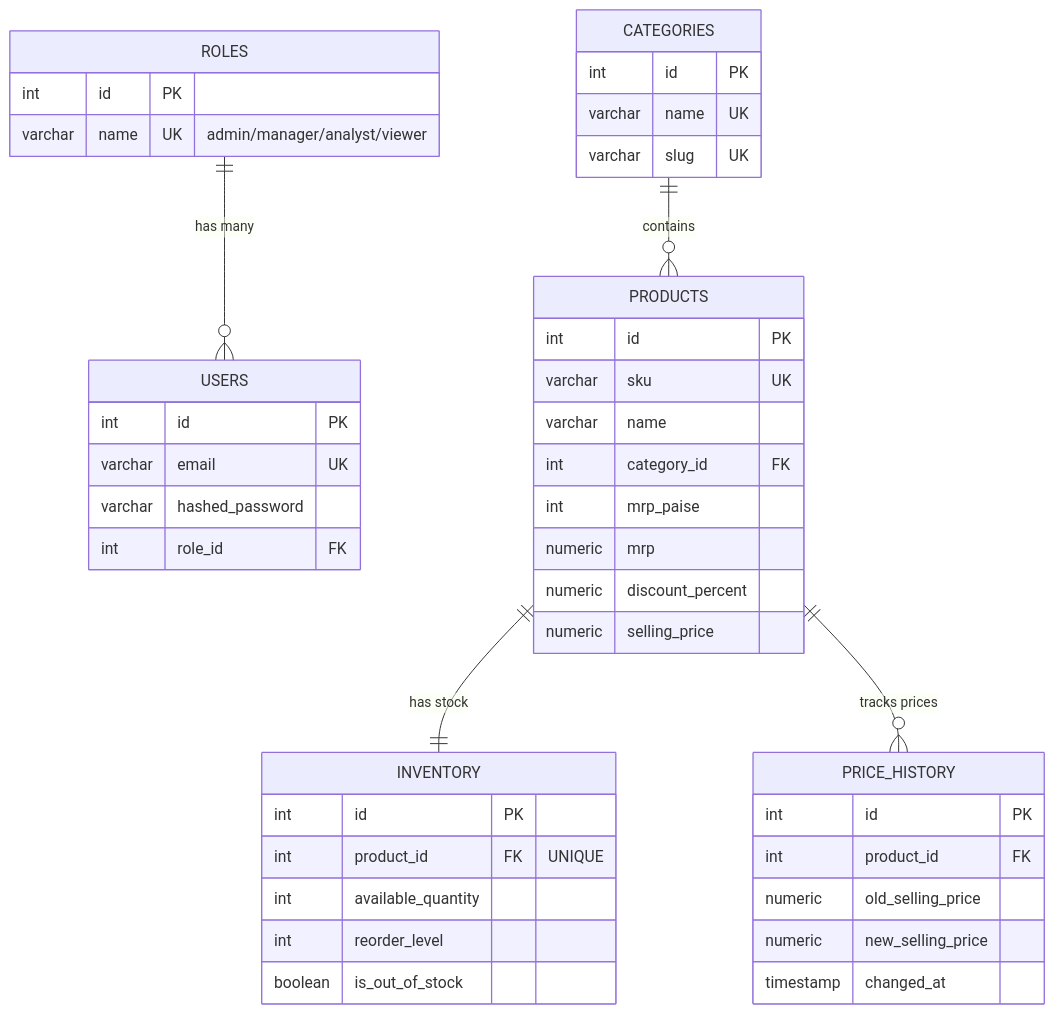
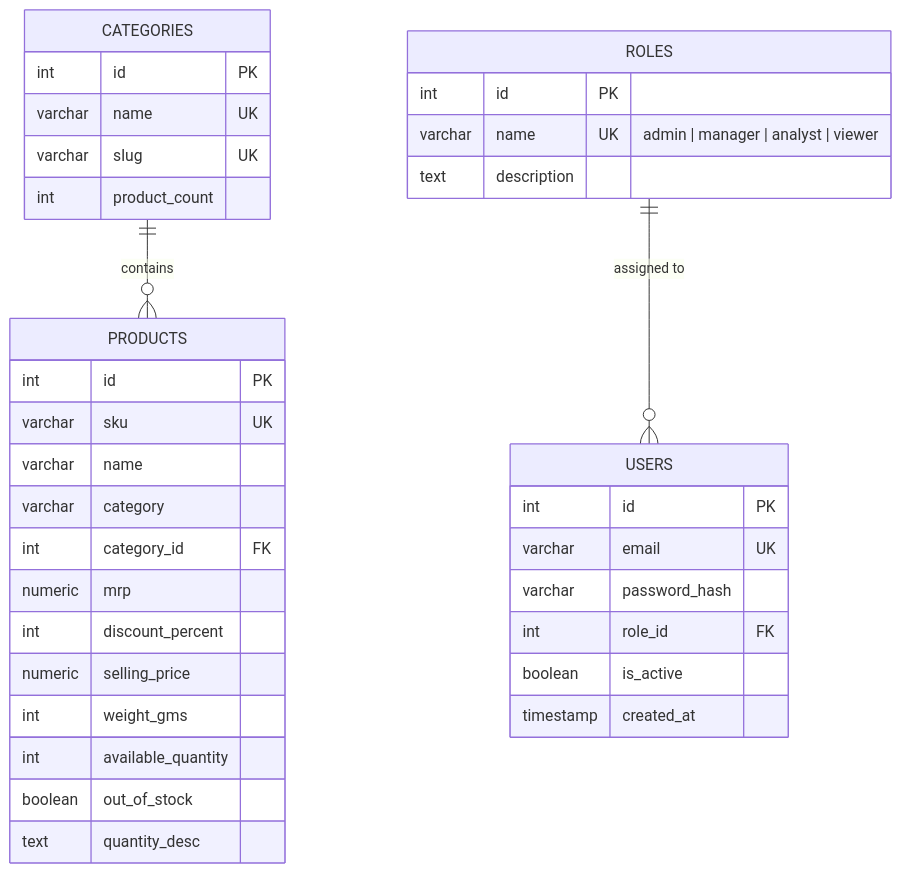
One commit to anuraggaur29/Retail-Inventory-Analytics-Platform changed the diagram in learning/04_DATABASE_DESIGN.md. Above: the diagram before and after it, drawn with Mermaid. The commit also changed other lines of this file and 19 other files, not shown here.

````diff
--- a/learning/04_DATABASE_DESIGN.md
+++ b/learning/04_DATABASE_DESIGN.md
@@ -10,47 +15,42 @@
 ```mermaid
 erDiagram
-    ROLES ||--o{ USERS : "has many"
     CATEGORIES ||--o{ PRODUCTS : "contains"
-    PRODUCTS ||--|| INVENTORY : "has stock"
-    PRODUCTS ||--o{ PRICE_HISTORY : "tracks prices"
+    ROLES ||--o{ USERS : "assigned to"
 
-    ROLES {
-        int id PK
-        varchar name UK "admin/manager/analyst/viewer"
-    }
-    USERS {
-        int id PK
-        varchar email UK
-        varchar hashed_password
-        int role_id FK
-    }
     CATEGORIES {
         int id PK
         varchar name UK
         varchar slug UK
+        int product_count
     }
+
     PRODUCTS {
         int id PK
         varchar sku UK
         varchar name
+        varchar category
         int category_id FK
-        int mrp_paise
         numeric mrp
-        numeric discount_percent
+        int discount_percent
         numeric selling_price
+        int weight_gms
+        int available_quantity
+        boolean out_of_stock
+        text quantity_desc
     }
-    INVENTORY {
+
+    ROLES {
         int id PK
-        int product_id FK "UNIQUE"
-        int available_quantity
-        int reorder_level
-        boolean is_out_of_stock
+        varchar name UK "admin | manager | analyst | viewer"
+        text description
     }
-    PRICE_HISTORY {
+
+    USERS {
         int id PK
-        int product_id FK
-        numeric old_selling_price
-        numeric new_selling_price
-        timestamp changed_at
+        varchar email UK
+        varchar password_hash
+        int role_id FK
+        boolean is_active
+        timestamp created_at
     }
 ```
````
